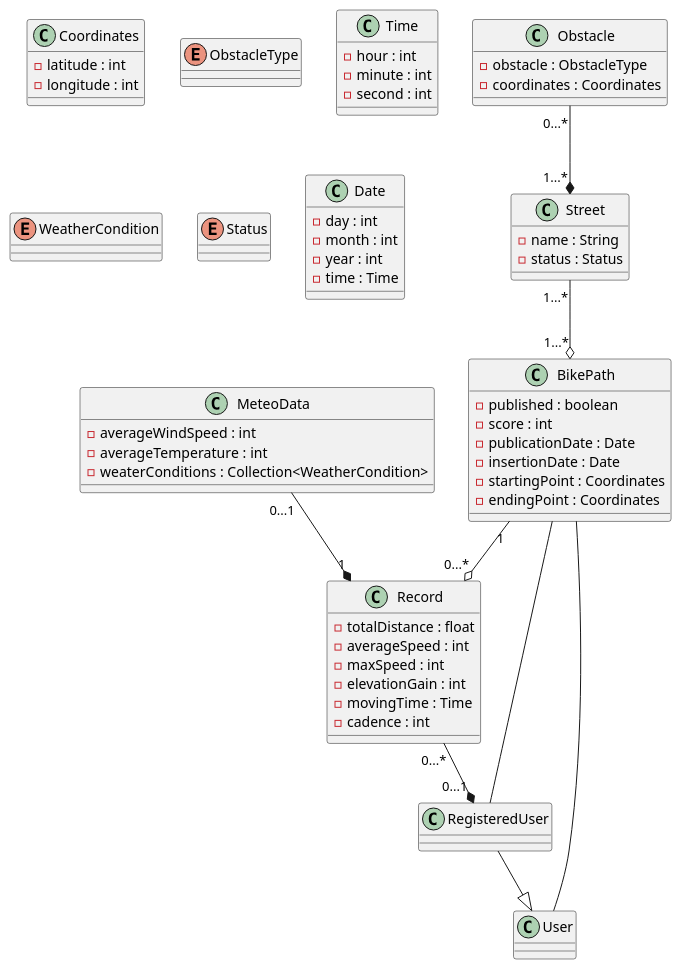
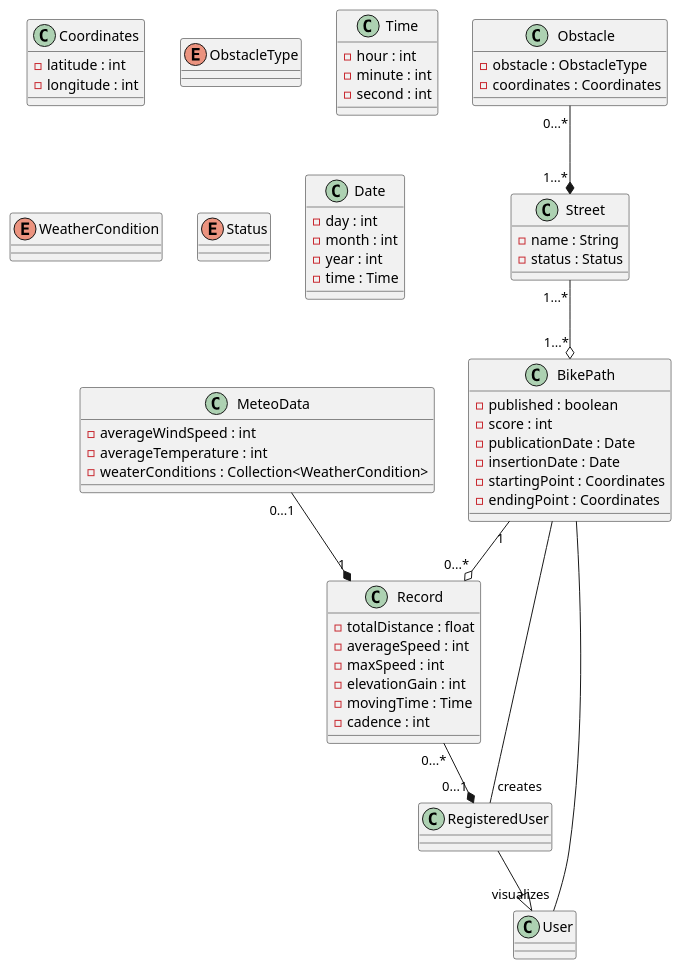
Before and after one commit to ilevinci/RubinoUvinsiVinciguerra: the diagram in RASD/ClassDiagram.puml, drawn with PlantUML.

Commit message:
Fixed Domain Classi Diagram

```diff
--- a/RASD/ClassDiagram.puml
+++ b/RASD/ClassDiagram.puml
@@ -1,104 +1,104 @@
 @startuml BBP
 
 
 class Street {
     - name : String 
     - status : Status 
 }
 
 class BikePath {
     - published : boolean
     - score : int
     - publicationDate : Date
     - insertionDate : Date
     - startingPoint : Coordinates
     - endingPoint : Coordinates
 }
 
 /'The published attribute declare the Path as 
 "public", i.e. visible to other user aside from
 the owner'/
 
 class Coordinates {
     - latitude : int
     - longitude : int 
 }
 
 class Obstacle {
     - obstacle : ObstacleType
     - coordinates : Coordinates
 }
 
 enum ObstacleType {
 
 }
 
 class RegisteredUser {
 
 }
 
 class Record {
     - totalDistance : float
     - averageSpeed : int
     - maxSpeed : int
     - elevationGain : int
     - movingTime : Time
     - cadence : int
 }
 
 class User {
 
 }
 
 class Time {
     - hour : int
     - minute : int
     - second : int
 }
 
 class MeteoData {
  - averageWindSpeed : int
  - averageTemperature : int
  - weaterConditions : Collection<WeatherCondition>
 }
 
 enum WeatherCondition {
 
 }
 
 enum Status {
 
 }
 
 class Date {
     - day : int
     - month : int
     - year : int
     - time : Time
 }
 
 MeteoData "0...1" --* "1" Record
 Obstacle "0...*" --* "1...*"  Street
 /'
 If an Obstacle is in a crossroad than it
 belongs to more roads. An obstacle cannot exist
 if it has not a road.
 '/
 
 RegisteredUser --|> User
 
 
 Record "0...*" --* "0...1" RegisteredUser
 BikePath "1" --o "0...*" Record
 
 
 Street "1...*" --o "1...*" BikePath
 
-RegisteredUser --  BikePath 
+RegisteredUser "creates"--  BikePath 
 /'RegisteredUser crea 0...* Bikepath e un BikePath è creato
 da 1 RegisteredUser'/
 
-User -- BikePath 
+User "visualizes"-- BikePath 
 /'User visualizza 0...n BikePath e ogni BikePath è visualizzato
 da 1(autore)...* User'/
 @enduml
```
